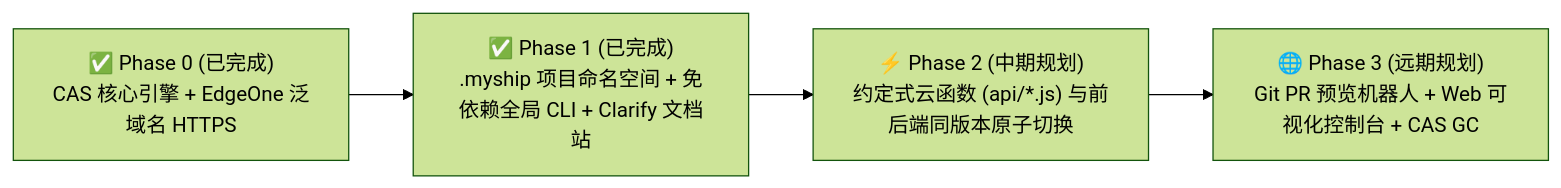
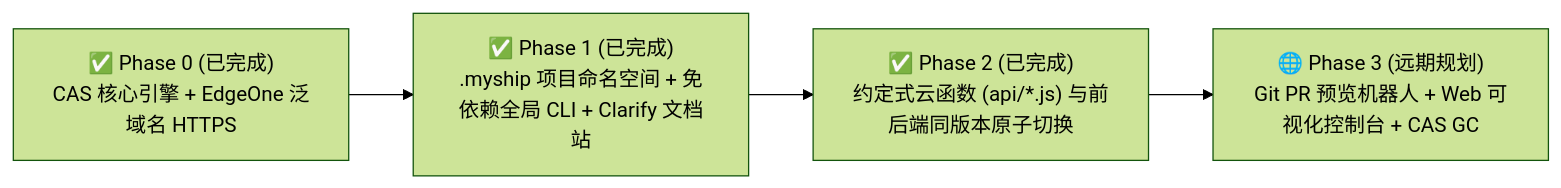
One commit to huxy2023/myship changed the diagram in docs/04-roadmap.md. Above: the diagram before and after it, drawn with Mermaid (forest theme). The commit also changed other lines of this file and 8 other files, not shown here.

Commit message:
feat(phase2): implement convention-based serverless functions (api/*.js) with CAS versioning and 0ms full-stack atomic rollback

````diff
--- a/docs/04-roadmap.md
+++ b/docs/04-roadmap.md
@@ -23,6 +23,6 @@
 ```mermaid
 flowchart LR
     P0["✅ Phase 0 (已完成)<br/>CAS 核心引擎 + EdgeOne 泛域名 HTTPS"] --> P1["✅ Phase 1 (已完成)<br/>.myship 项目命名空间 + 免依赖全局 CLI + Clarify 文档站"]
-    P1 --> P2["⚡ Phase 2 (中期规划)<br/>约定式云函数 (api/*.js) 与前后端同版本原子切换"]
+    P1 --> P2["✅ Phase 2 (已完成)<br/>约定式云函数 (api/*.js) 与前后端同版本原子切换"]
     P2 --> P3["🌐 Phase 3 (远期规划)<br/>Git PR 预览机器人 + Web 可视化控制台 + CAS GC"]
 ```
````
